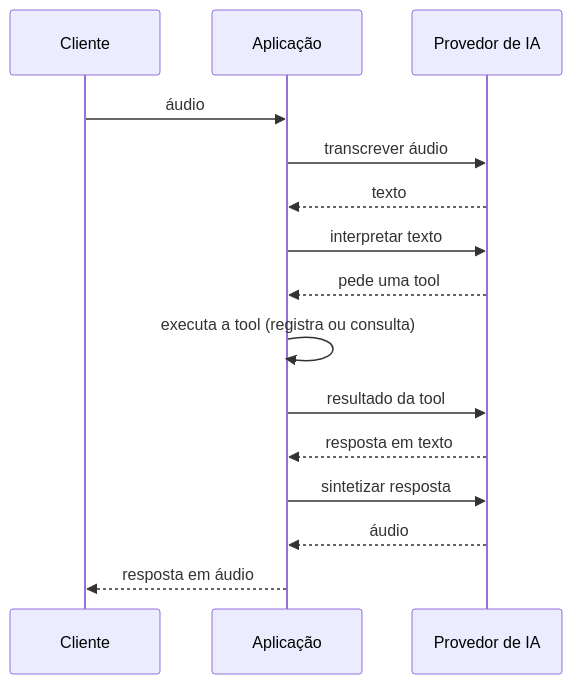
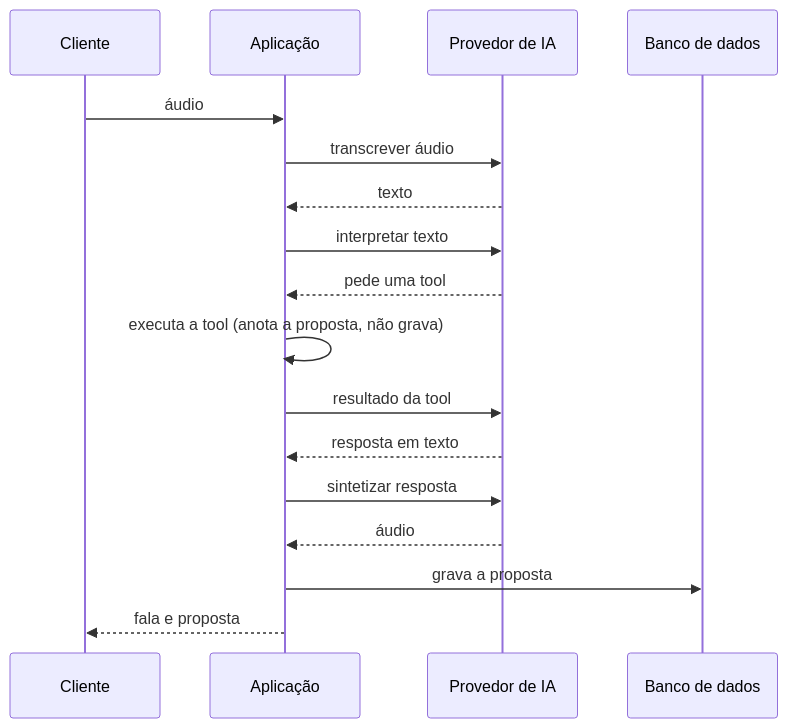
The second of 3 diagrams in docs/arquitetura.md (rafaeljc/voice-budgeting-api), drawn with Mermaid before and after one commit. The commit also changed other lines of this file and 58 other files, not shown here.

````diff
--- a/docs/arquitetura.md
+++ b/docs/arquitetura.md
@@ -37,17 +42,19 @@
 ```mermaid
 sequenceDiagram
     participant Cliente
     participant App as Aplicação
     participant IA as Provedor de IA
+    participant DB as Banco de dados
     Cliente->>App: áudio
     App->>IA: transcrever áudio
     IA-->>App: texto
     App->>IA: interpretar texto
     IA-->>App: pede uma tool
-    App->>App: executa a tool (registra ou consulta)
+    App->>App: executa a tool (anota a proposta, não grava)
     App->>IA: resultado da tool
     IA-->>App: resposta em texto
     App->>IA: sintetizar resposta
     IA-->>App: áudio
-    App-->>Cliente: resposta em áudio
+    App->>DB: grava a proposta
+    App-->>Cliente: fala e proposta
 ```
````
